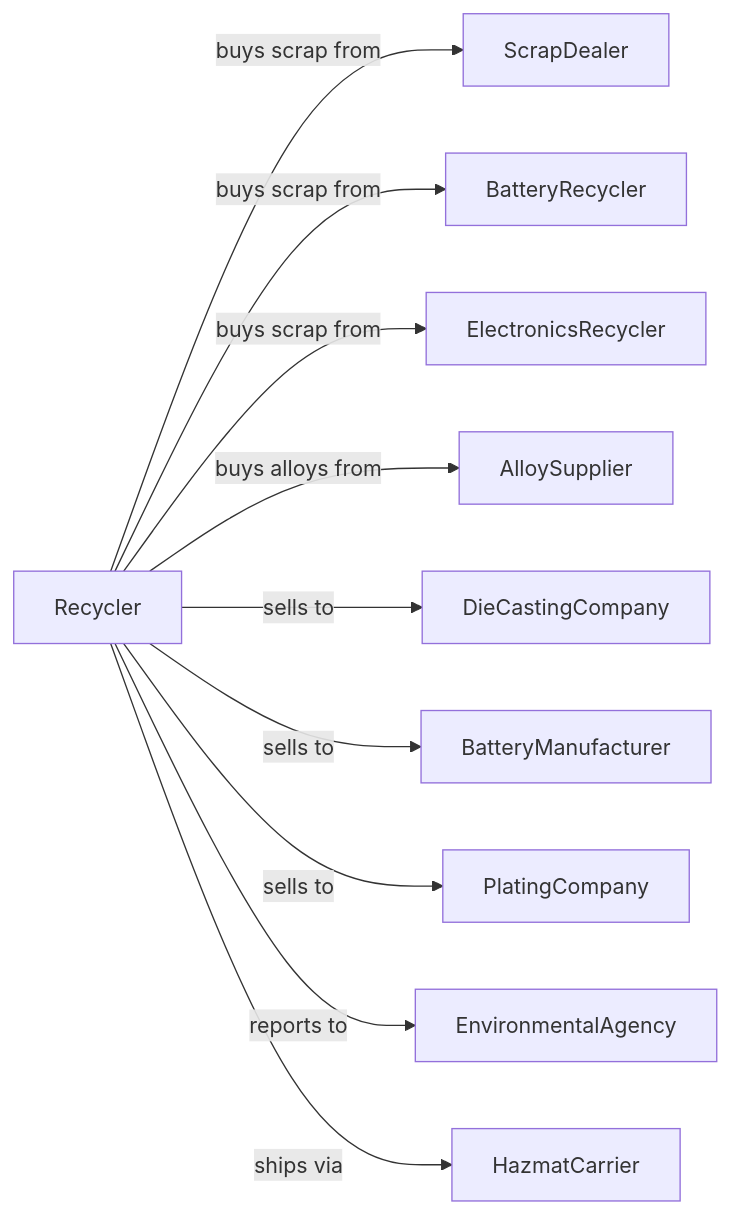
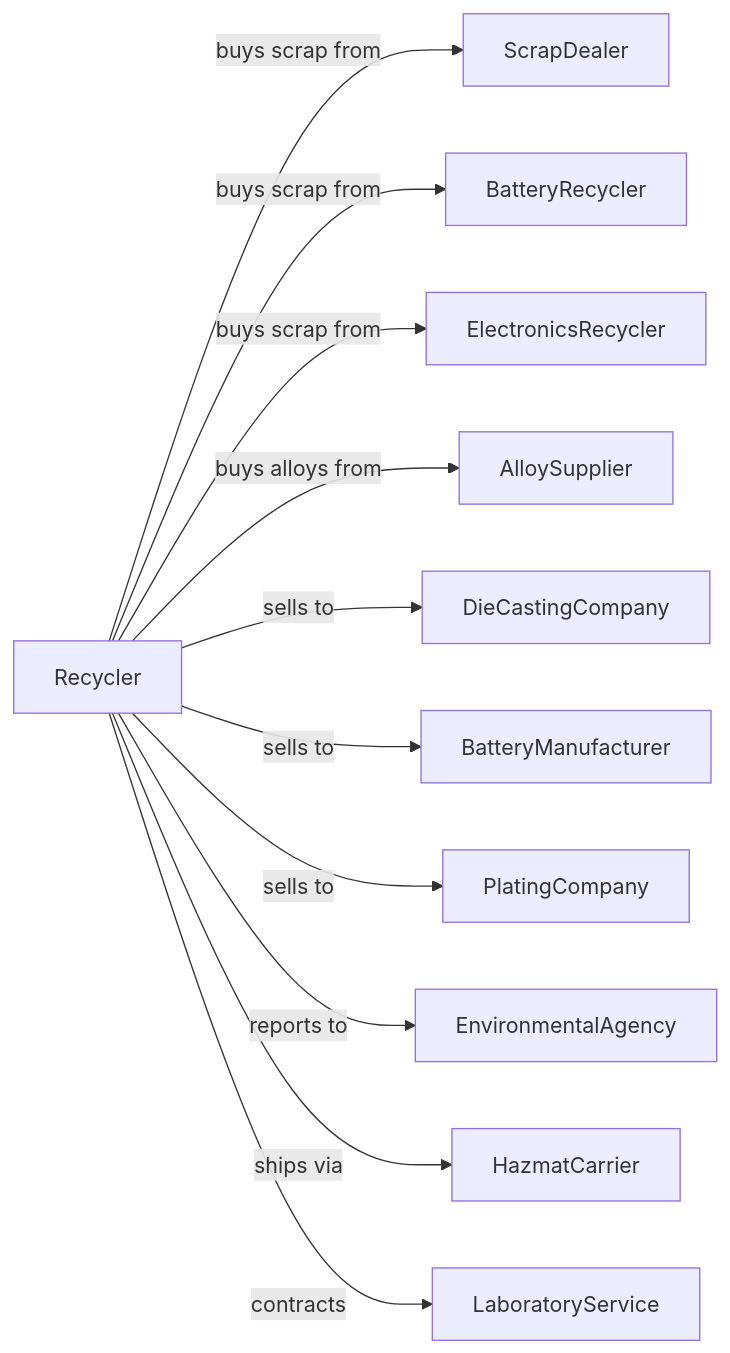
Before and after one commit to dot-org-ai/industries.org.ai: the second of 2 diagrams in Manufacturing/PrimaryMetalManufacturing/NonferrousMetalExceptAluminumProductionAndProcessing/SecondarySmeltingRefiningAndAlloyingOfNonferrousMetalExceptCopperAndAluminum.mdx, drawn with Mermaid. The commit also changed other lines of this file and 588 other files, not shown here.

````diff
--- a/Manufacturing/PrimaryMetalManufacturing/NonferrousMetalExceptAluminumProductionAndProcessing/SecondarySmeltingRefiningAndAlloyingOfNonferrousMetalExceptCopperAndAluminum.mdx
+++ b/Manufacturing/PrimaryMetalManufacturing/NonferrousMetalExceptAluminumProductionAndProcessing/SecondarySmeltingRefiningAndAlloyingOfNonferrousMetalExceptCopperAndAluminum.mdx
@@ -136,14 +136,15 @@
 ```mermaid
 graph LR
     R[Recycler]
 
     R -->|buys scrap from| ScrapDealer
     R -->|buys scrap from| BatteryRecycler
     R -->|buys scrap from| ElectronicsRecycler
     R -->|buys alloys from| AlloySupplier
     R -->|sells to| DieCastingCompany
     R -->|sells to| BatteryManufacturer
     R -->|sells to| PlatingCompany
     R -->|reports to| EnvironmentalAgency
     R -->|ships via| HazmatCarrier
+    R -->|contracts| LaboratoryService
 ```
````
